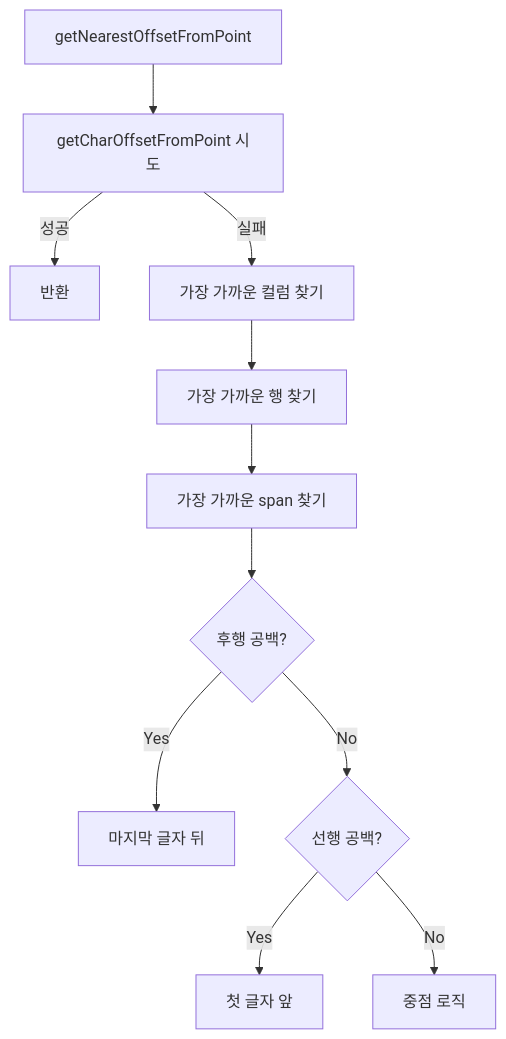
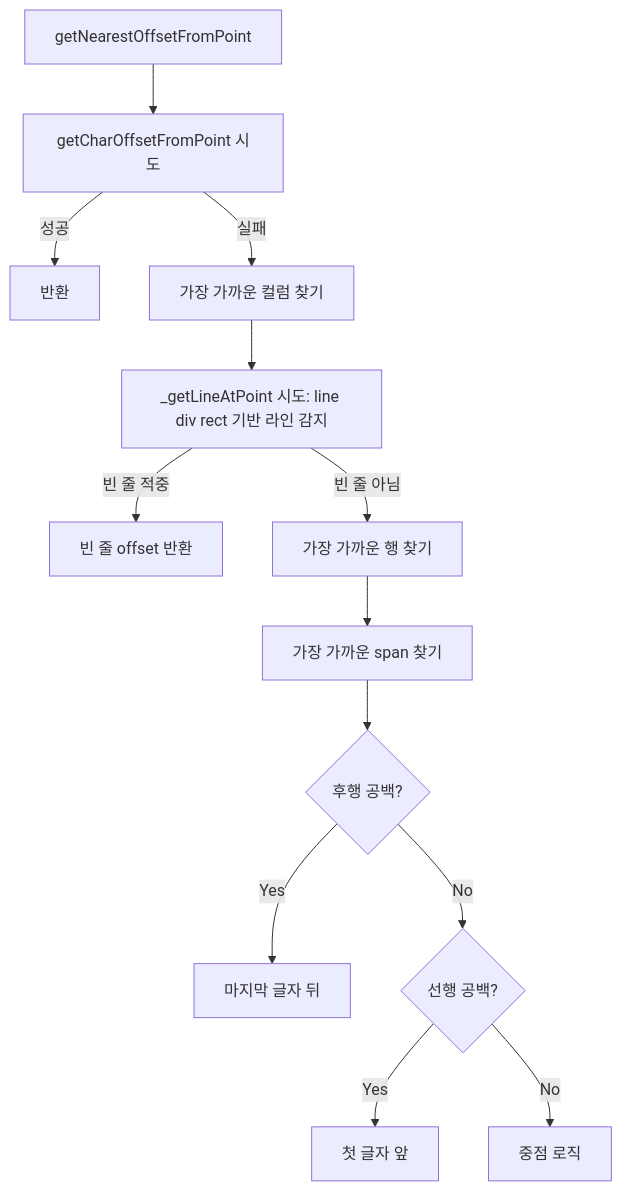
One commit to kyiimn/layout-element changed diagram 11 of 14 in docs/EDITING_TEXT.md. Above: the diagram before and after it, drawn with Mermaid. The commit also changed other lines of this file, not shown here.

First line of the commit message:
docs: update editing docs for line-index-based cursor navigation and empty line handling

````diff
--- a/docs/EDITING_TEXT.md
+++ b/docs/EDITING_TEXT.md
@@ -1438,13 +1444,15 @@
 ```mermaid
 flowchart TD
     A[getNearestOffsetFromPoint] --> B["getCharOffsetFromPoint 시도"]
     B -->|성공| C[반환]
     B -->|실패| D["가장 가까운 컬럼 찾기"]
-    D --> E["가장 가까운 행 찾기"]
+    D --> D2["_getLineAtPoint 시도: line div rect 기반 라인 감지"]
+    D2 -->|빈 줄 적중| C2["빈 줄 offset 반환"]
+    D2 -->|빈 줄 아님| E["가장 가까운 행 찾기"]
     E --> F["가장 가까운 span 찾기"]
     F --> G{후행 공백?}
     G -->|Yes| H["마지막 글자 뒤"]
     G -->|No| I{선행 공백?}
     I -->|Yes| J["첫 글자 앞"]
     I -->|No| K["중점 로직"]
 ```
````
